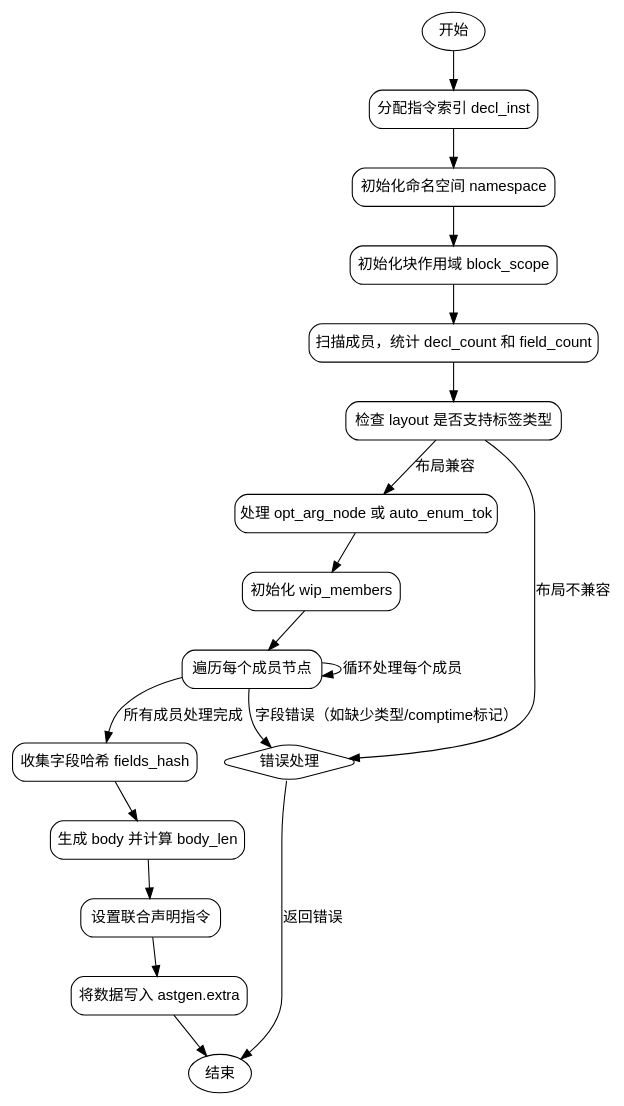
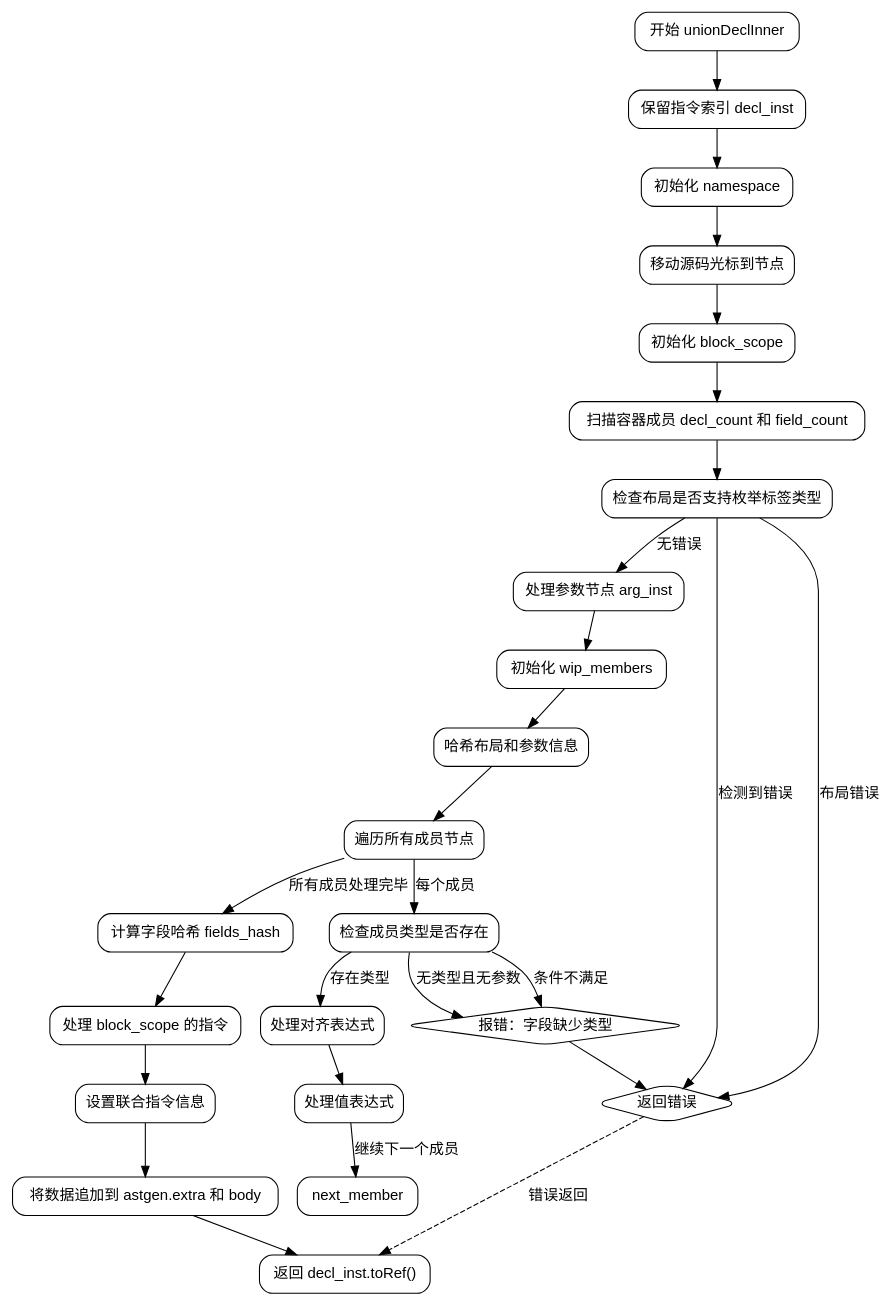
The diagram in dot_std/zig/AstGen.zig.unionDeclInner.md (sdzx-1/deepseek-zig-reader), drawn with Graphviz before and after one commit. The commit also changed other lines of this file and 236 other files, not shown here.

````diff
--- a/dot_std/zig/AstGen.zig.unionDeclInner.md
+++ b/dot_std/zig/AstGen.zig.unionDeclInner.md
@@ -26,46 +17,62 @@
-```dot
+```graphviz
 digraph flowchart {
-    node [shape=rectangle, style="rounded", fontname="Arial"];
-    edge [fontname="Arial"];
+    node [shape=rectangle, style="rounded", fontname="Helvetica"];
+    edge [fontname="Helvetica"];
 
-    start [label="开始", shape=ellipse];
-    end [label="结束", shape=ellipse];
-    
-    reserve_inst [label="分配指令索引 decl_inst"];
-    init_namespace [label="初始化命名空间 namespace"];
-    init_block_scope [label="初始化块作用域 block_scope"];
-    scan_members [label="扫描成员，统计 decl_count 和 field_count"];
-    check_layout [label="检查 layout 是否支持标签类型"];
-    handle_arg_node [label="处理 opt_arg_node 或 auto_enum_tok"];
+    start [label="开始 unionDeclInner"];
+    reserve_inst [label="保留指令索引 decl_inst"];
+    init_namespace [label="初始化 namespace"];
+    advance_cursor [label="移动源码光标到节点"];
+    init_block_scope [label="初始化 block_scope"];
+    scan_container [label="扫描容器成员 decl_count 和 field_count"];
+    check_layout_error [label="检查布局是否支持枚举标签类型"];
+    handle_arg_inst [label="处理参数节点 arg_inst"];
     init_wip_members [label="初始化 wip_members"];
-    process_members [label="遍历每个成员节点"];
-    collect_hash [label="收集字段哈希 fields_hash"];
-    generate_body [label="生成 body 并计算 body_len"];
-    set_union_inst [label="设置联合声明指令"];
-    write_astgen_data [label="将数据写入 astgen.extra"];
-    error_handling [label="错误处理", shape=diamond];
+    hash_layout_info [label="哈希布局和参数信息"];
+    process_members [label="遍历所有成员节点"];
+    check_member_type [label="检查成员类型是否存在"];
+    check_align [label="处理对齐表达式"];
+    check_value [label="处理值表达式"];
+    final_fields_hash [label="计算字段哈希 fields_hash"];
+    handle_block_scope [label="处理 block_scope 的指令"];
+    set_union_inst [label="设置联合指令信息"];
+    append_data [label="将数据追加到 astgen.extra 和 body"];
+    return [label="返回 decl_inst.toRef()"];
 
     start -> reserve_inst;
     reserve_inst -> init_namespace;
-    init_namespace -> init_block_scope;
-    init_block_scope -> scan_members;
-    scan_members -> check_layout;
+    init_namespace -> advance_cursor;
+    advance_cursor -> init_block_scope;
+    init_block_scope -> scan_container;
+    scan_container -> check_layout_error;
 
-    check_layout -> error_handling [label="布局不兼容"];
-    check_layout -> handle_arg_node [label="布局兼容"];
-    
-    handle_arg_node -> init_wip_members;
-    init_wip_members -> process_members;
+    check_layout_error -> handle_arg_inst [label="无错误"];
+    check_layout_error -> error_return [label="布局错误"];
 
-    process_members -> process_members [label="循环处理每个成员"];
-    process_members -> error_handling [label="字段错误（如缺少类型/comptime标记）"];
-    process_members -> collect_hash [label="所有成员处理完成"];
+    handle_arg_inst -> init_wip_members;
+    init_wip_members -> hash_layout_info;
+    hash_layout_info -> process_members;
 
-    collect_hash -> generate_body;
-    generate_body -> set_union_inst;
-    set_union_inst -> write_astgen_data;
-    write_astgen_data -> end;
+    process_members -> check_member_type [label="每个成员"];
+    check_member_type -> check_align [label="存在类型"];
+    check_member_type -> error_missing_type [label="无类型且无参数"];
+    check_align -> check_value;
+    check_value -> next_member [label="继续下一个成员"];
 
-    error_handling -> end [label="返回错误"];
+    process_members -> final_fields_hash [label="所有成员处理完毕"];
+    final_fields_hash -> handle_block_scope;
+    handle_block_scope -> set_union_inst;
+    set_union_inst -> append_data;
+    append_data -> return;
+
+    // 错误处理节点
+    error_return [label="返回错误", shape="diamond"];
+    error_missing_type [label="报错：字段缺少类型", shape="diamond"];
+
+    // 连接错误路径
+    check_layout_error -> error_return [label="检测到错误"];
+    check_member_type -> error_missing_type [label="条件不满足"];
+    error_missing_type -> error_return;
+    error_return -> return [style="dashed", label="错误返回"];
 }
 ```
````
